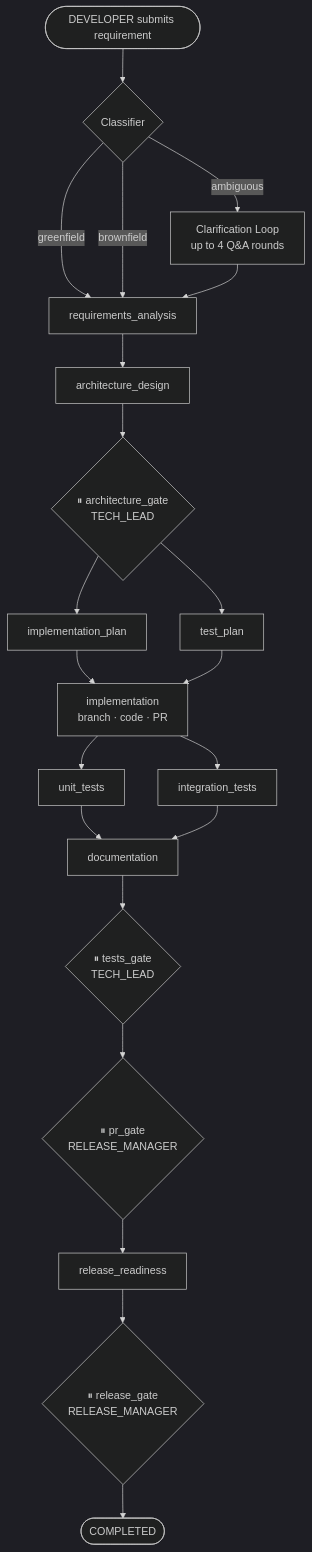
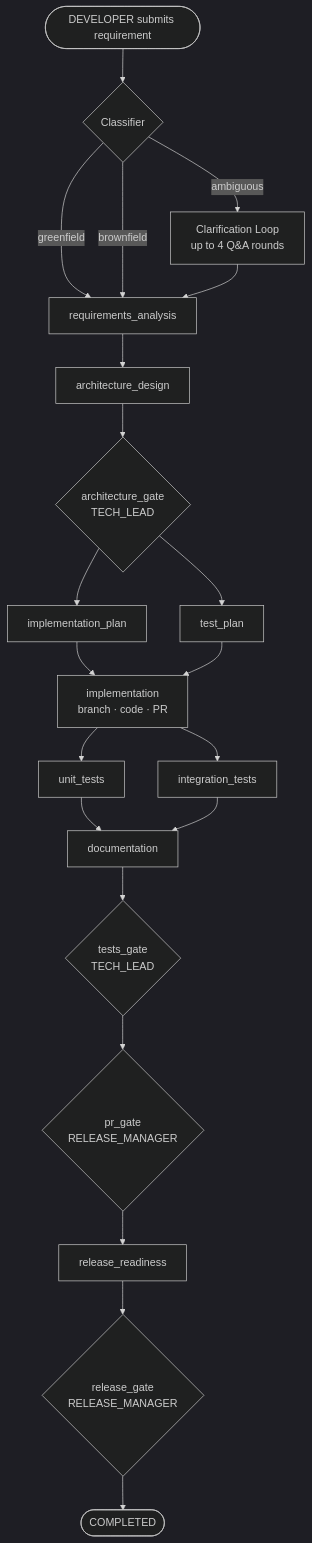
The second of 2 diagrams in README.md (agentic-dev-projects/url-copilot), drawn with Mermaid (dark theme) before and after one commit. The commit also changed other lines of this file and 5 other files, not shown here.

First line of the commit message:
fix: repair Mermaid diagrams broken on GitHub

````diff
--- a/README.md
+++ b/README.md
@@ -66,24 +66,24 @@
 ```mermaid
 flowchart TD
     SUBMIT([DEVELOPER submits requirement]) --> CLASSIFY{Classifier}
     CLASSIFY -->|greenfield| RA
     CLASSIFY -->|brownfield| RA
-    CLASSIFY -->|ambiguous| CL[Clarification Loop\nup to 4 Q&A rounds]
+    CLASSIFY -->|ambiguous| CL["Clarification Loop<br/>up to 4 Q&A rounds"]
     CL --> RA
 
     RA[requirements_analysis] --> AD[architecture_design]
-    AD --> G1{⏸ architecture_gate\nTECH_LEAD}
+    AD --> G1{"architecture_gate<br/>TECH_LEAD"}
     G1 --> IP[implementation_plan]
     G1 --> TP[test_plan]
-    IP --> IMPL[implementation\nbranch · code · PR]
+    IP --> IMPL["implementation<br/>branch · code · PR"]
     TP --> IMPL
     IMPL --> UT[unit_tests]
     IMPL --> IT[integration_tests]
     UT --> DOC[documentation]
     IT --> DOC
-    DOC --> G2{⏸ tests_gate\nTECH_LEAD}
-    G2 --> G3{⏸ pr_gate\nRELEASE_MANAGER}
+    DOC --> G2{"tests_gate<br/>TECH_LEAD"}
+    G2 --> G3{"pr_gate<br/>RELEASE_MANAGER"}
     G3 --> RR[release_readiness]
-    RR --> G4{⏸ release_gate\nRELEASE_MANAGER}
+    RR --> G4{"release_gate<br/>RELEASE_MANAGER"}
     G4 --> DONE([COMPLETED])
 ```
````
